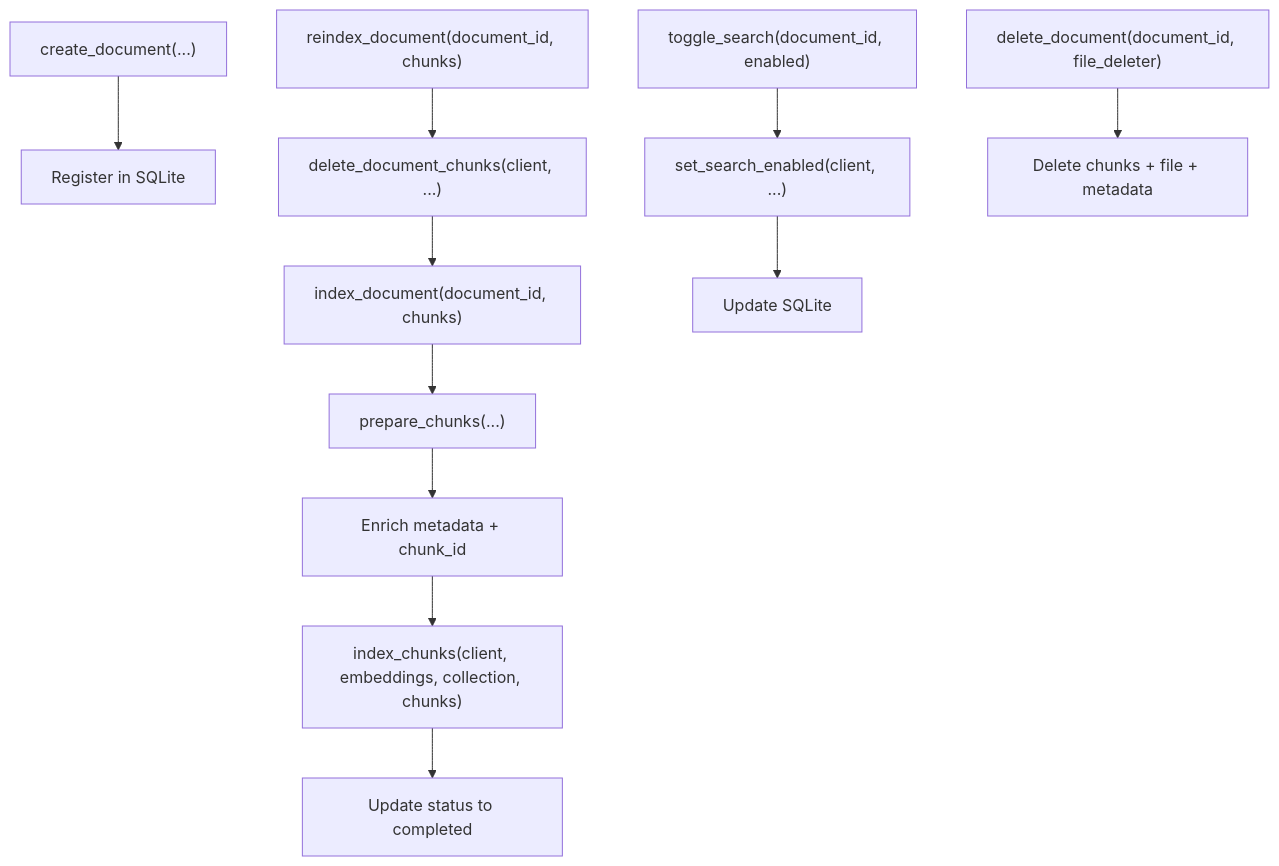
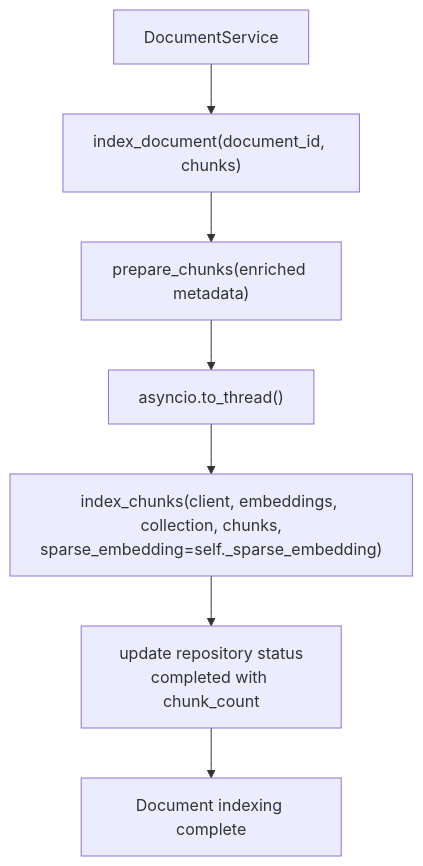
One commit to ognelis/cafetera_hr_bot changed the tenth of 12 diagrams in .qoder/repowiki/en/content/RAG Integration/RAG Parser Enhancement.md. Above: the diagram before and after it, drawn with Mermaid. The commit also changed other lines of this file and 10 other files, not shown here.

````diff
--- a/.qoder/repowiki/en/content/RAG Integration/RAG Parser Enhancement.md
+++ b/.qoder/repowiki/en/content/RAG Integration/RAG Parser Enhancement.md
@@ -424,13 +426,9 @@
 ```mermaid
 flowchart TD
-Create["create_document(...)"] --> Register["Register in SQLite"]
-Index["index_document(document_id, chunks)"] --> Prepare["prepare_chunks(...)"]
-Prepare --> Enrich["Enrich metadata + chunk_id"]
-Enrich --> Add["index_chunks(client, embeddings, collection, chunks)"]
-Add --> Update["Update status to completed"]
-Toggle["toggle_search(document_id, enabled)"] --> QdrantUpdate["set_search_enabled(client, ...)"]
-QdrantUpdate --> SQLiteUpdate["Update SQLite"]
-Reindex["reindex_document(document_id, chunks)"] --> DeleteOld["delete_document_chunks(client, ...)"]
-DeleteOld --> Index
-Delete["delete_document(document_id, file_deleter)"] --> Cleanup["Delete chunks + file + metadata"]
+DocumentService["DocumentService"] --> IndexDocument["index_document(document_id, chunks)"]
+IndexDocument --> PrepareChunks["prepare_chunks(enriched metadata)"]
+PrepareChunks --> AsyncThread["asyncio.to_thread()"]
+AsyncThread --> IndexChunks["index_chunks(client, embeddings, collection, chunks,<br/>sparse_embedding=self._sparse_embedding)"]
+IndexChunks --> UpdateRepo["update repository status<br/>completed with chunk_count"]
+UpdateRepo --> Complete["Document indexing complete"]
 ```
````
